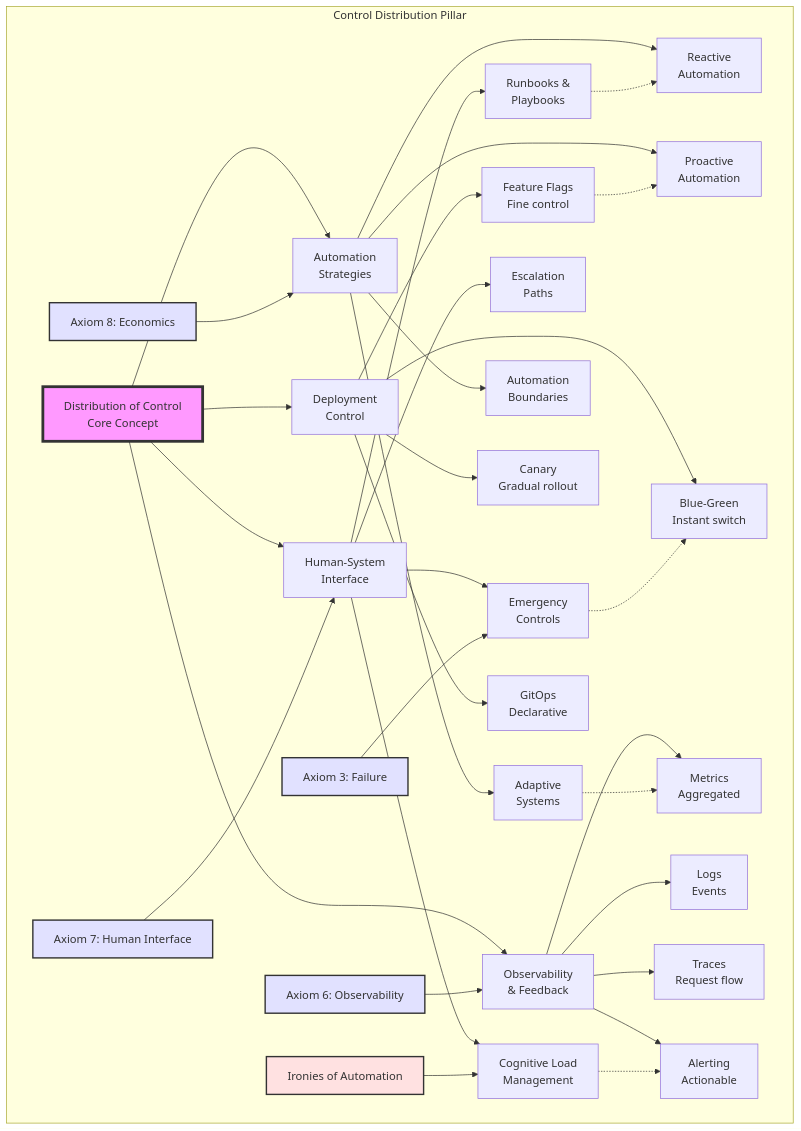
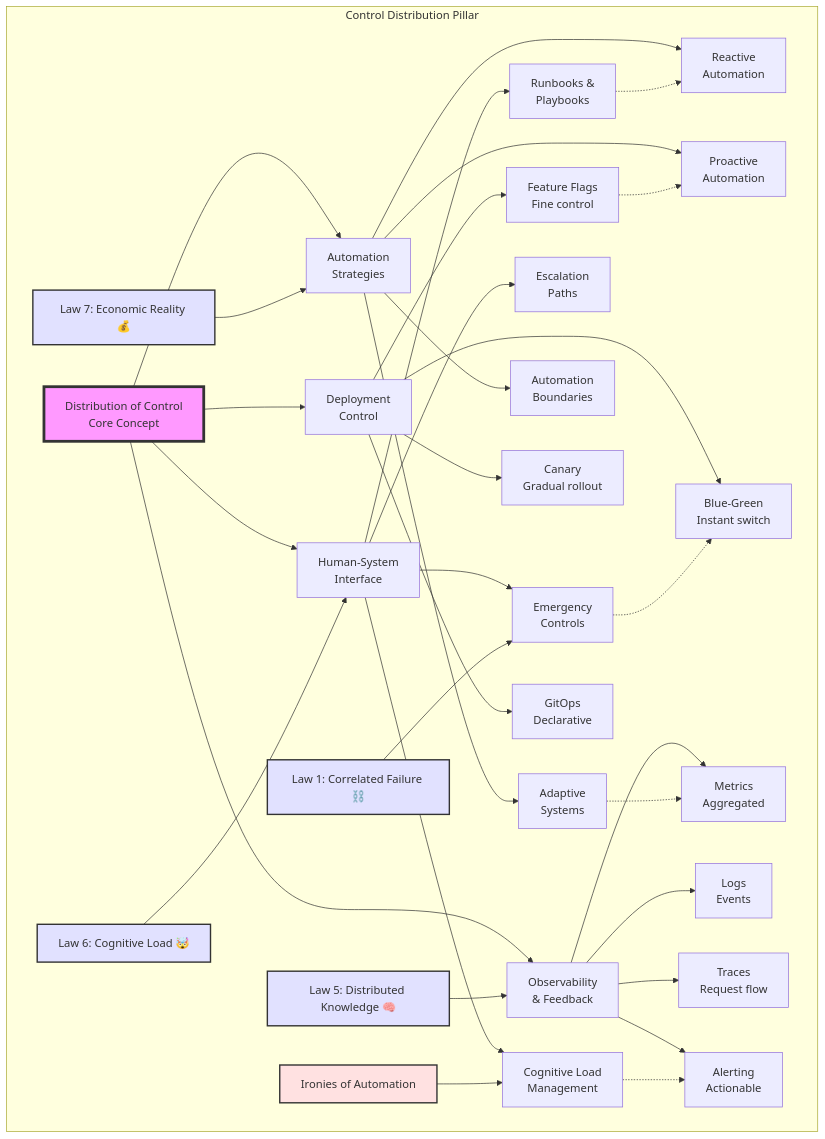
One commit to deepaucksharma/DStudio changed the ninth of 19 diagrams in docs/part2-pillars/control/index.md. Above: the diagram before and after it, drawn with Mermaid. The commit also changed other lines of this file and 103 other files, not shown here.

````diff
--- a/docs/part2-pillars/control/index.md
+++ b/docs/part2-pillars/control/index.md
@@ -332,56 +332,56 @@
 ```mermaid
 graph TB
     subgraph "Control Distribution Pillar"
         Core[Distribution of Control<br/>Core Concept]
 
         Core --> Human[Human-System<br/>Interface]
         Core --> Auto[Automation<br/>Strategies]
         Core --> Deploy[Deployment<br/>Control]
         Core --> Observe[Observability<br/>& Feedback]
 
         %% Human interface branch
         Human --> Cognitive[Cognitive Load<br/>Management]
         Human --> Emergency[Emergency<br/>Controls]
         Human --> Runbooks[Runbooks &<br/>Playbooks]
         Human --> Escalation[Escalation<br/>Paths]
 
         %% Automation branch
         Auto --> Reactive[Reactive<br/>Automation]
         Auto --> Proactive[Proactive<br/>Automation]
         Auto --> Adaptive[Adaptive<br/>Systems]
         Auto --> Limits[Automation<br/>Boundaries]
 
         %% Deployment branch
         Deploy --> BlueGreen[Blue-Green<br/>Instant switch]
         Deploy --> Canary[Canary<br/>Gradual rollout]
         Deploy --> Feature[Feature Flags<br/>Fine control]
         Deploy --> GitOps[GitOps<br/>Declarative]
 
         %% Observability branch
         Observe --> Metrics[Metrics<br/>Aggregated]
         Observe --> Logs[Logs<br/>Events]
         Observe --> Traces[Traces<br/>Request flow]
         Observe --> Alerts[Alerting<br/>Actionable]
 
         %% Key relationships
         Emergency -.-> BlueGreen
         Cognitive -.-> Alerts
         Adaptive -.-> Metrics
         Runbooks -.-> Reactive
         Feature -.-> Proactive
 
-        %% Axiom connections
-        Axiom3[Axiom 3: Failure] --> Emergency
-        Axiom6[Axiom 6: Observability] --> Observe
-        Axiom7[Axiom 7: Human Interface] --> Human
-        Axiom8[Axiom 8: Economics] --> Auto
+        %% Law connections
+        Law1[Law 1: Correlated Failure ⛓️] --> Emergency
+        Law5[Law 5: Distributed Knowledge 🧠] --> Observe
+        Law6[Law 6: Cognitive Load 🤯] --> Human
+        Law7[Law 7: Economic Reality 💰] --> Auto
         Ironies[Ironies of Automation] --> Cognitive
     end
 
     style Core fill:#f9f,stroke:#333,stroke-width:4px
-    style Axiom3 fill:#e1e1ff,stroke:#333,stroke-width:2px
-    style Axiom6 fill:#e1e1ff,stroke:#333,stroke-width:2px
-    style Axiom7 fill:#e1e1ff,stroke:#333,stroke-width:2px
-    style Axiom8 fill:#e1e1ff,stroke:#333,stroke-width:2px
+    style Law1 fill:#e1e1ff,stroke:#333,stroke-width:2px
+    style Law5 fill:#e1e1ff,stroke:#333,stroke-width:2px
+    style Law6 fill:#e1e1ff,stroke:#333,stroke-width:2px
+    style Law7 fill:#e1e1ff,stroke:#333,stroke-width:2px
     style Ironies fill:#ffe1e1,stroke:#333,stroke-width:2px
 ```
````
